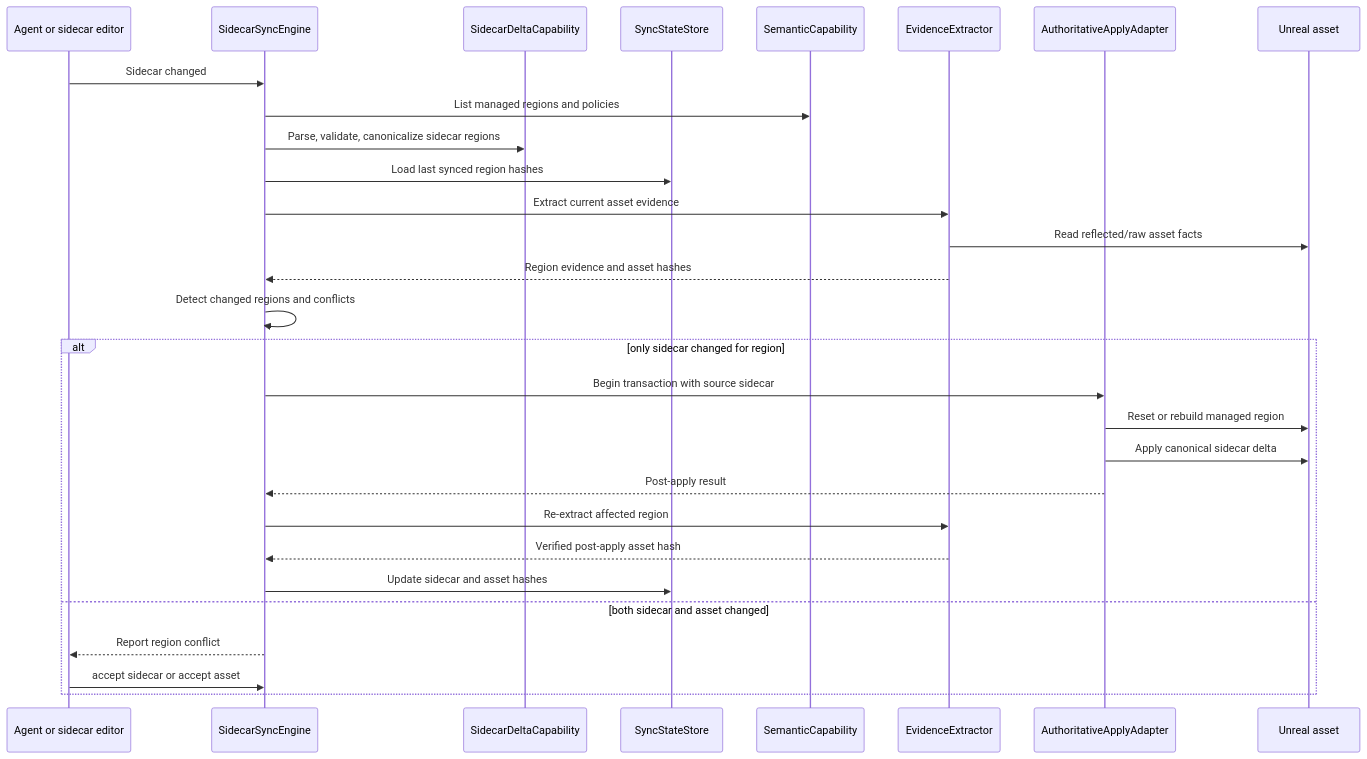
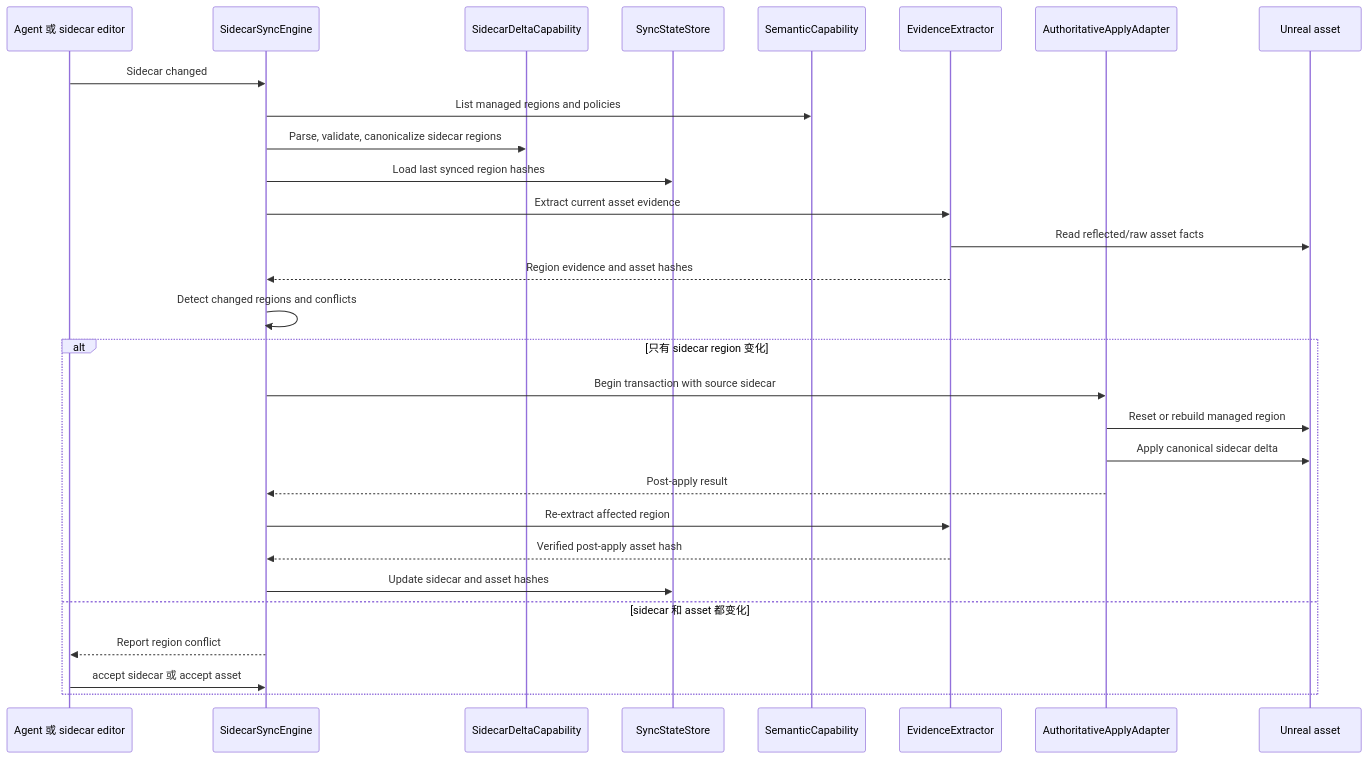
Before and after one commit to oscarrr112/UECopilot: the third of 3 diagrams in docs/superpowers/specs/2026-06-13-asset-document-bidirectional-delta-sidecar-goal.md, drawn with Mermaid. The commit also changed other lines of this file, not shown here.

Commit message:
docs(assetdoc): localize sidecar architecture spec

````diff
--- a/docs/superpowers/specs/2026-06-13-asset-document-bidirectional-delta-sidecar-goal.md
+++ b/docs/superpowers/specs/2026-06-13-asset-document-bidirectional-delta-sidecar-goal.md
@@ -223,32 +223,32 @@
 ```mermaid
 sequenceDiagram
-    participant Agent as Agent or sidecar editor
+    participant Agent as Agent 或 sidecar editor
     participant Engine as SidecarSyncEngine
     participant Sidecar as SidecarDeltaCapability
     participant State as SyncStateStore
     participant Sem as SemanticCapability
     participant Extractor as EvidenceExtractor
     participant Apply as AuthoritativeApplyAdapter
     participant Asset as Unreal asset
 
     Agent->>Engine: Sidecar changed
     Engine->>Sem: List managed regions and policies
     Engine->>Sidecar: Parse, validate, canonicalize sidecar regions
     Engine->>State: Load last synced region hashes
     Engine->>Extractor: Extract current asset evidence
     Extractor->>Asset: Read reflected/raw asset facts
     Extractor-->>Engine: Region evidence and asset hashes
     Engine->>Engine: Detect changed regions and conflicts
-    alt only sidecar changed for region
+    alt 只有 sidecar region 变化
         Engine->>Apply: Begin transaction with source sidecar
         Apply->>Asset: Reset or rebuild managed region
         Apply->>Asset: Apply canonical sidecar delta
         Apply-->>Engine: Post-apply result
         Engine->>Extractor: Re-extract affected region
         Extractor-->>Engine: Verified post-apply asset hash
         Engine->>State: Update sidecar and asset hashes
-    else both sidecar and asset changed
+    else sidecar 和 asset 都变化
         Engine-->>Agent: Report region conflict
-        Agent->>Engine: accept sidecar or accept asset
+        Agent->>Engine: accept sidecar 或 accept asset
     end
 ```
````
